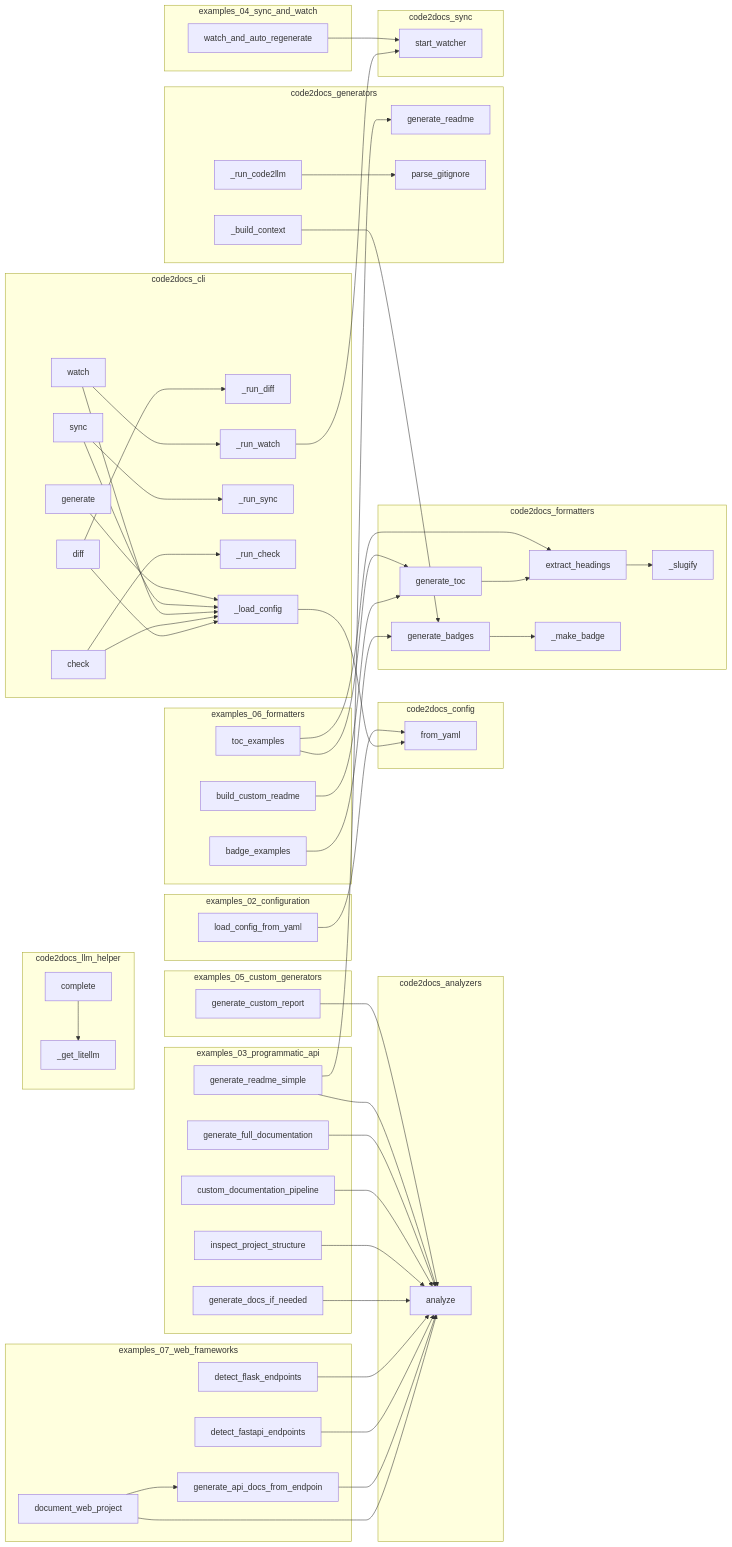
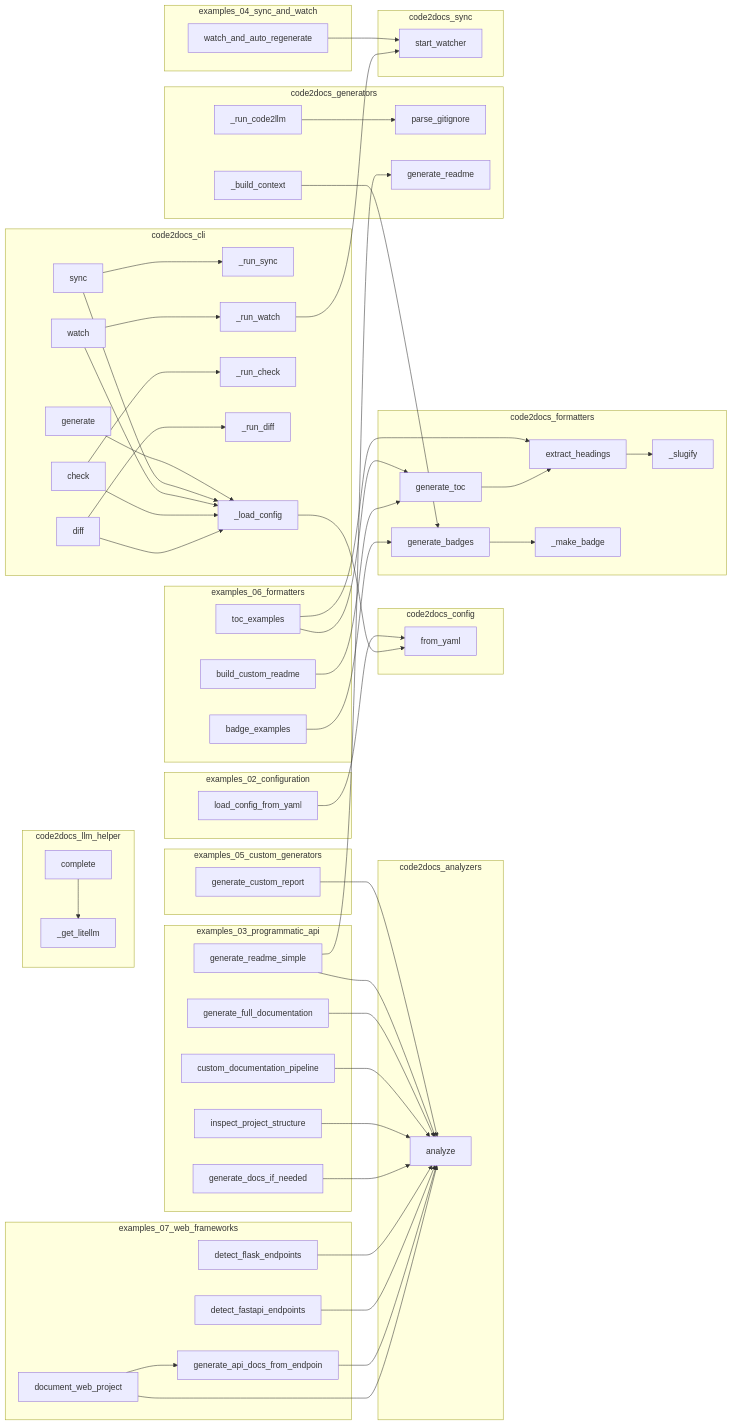
The diagram in project/calls.mmd (wronai/code2docs), drawn with Mermaid before and after one commit. The commit also changed other lines of this file and 25 other files, not shown here.

```diff
--- a/project/calls.mmd
+++ b/project/calls.mmd
@@ -1,101 +1,101 @@
 flowchart LR
     subgraph code2docs_analyzers
         code2docs__analyze["analyze"]
     end
     subgraph code2docs_cli
+        code2docs__cli___run_sync["_run_sync"]
         code2docs__cli__check["check"]
+        code2docs__cli___run_watch["_run_watch"]
+        code2docs__cli__diff["diff"]
+        code2docs__cli__sync["sync"]
+        code2docs__cli___run_check["_run_check"]
+        code2docs__cli__watch["watch"]
+        code2docs__cli__generate["generate"]
         code2docs__cli___run_diff["_run_diff"]
         code2docs__cli___load_config["_load_config"]
-        code2docs__cli__watch["watch"]
-        code2docs__cli__generate["generate"]
-        code2docs__cli__diff["diff"]
-        code2docs__cli___run_sync["_run_sync"]
-        code2docs__cli___run_check["_run_check"]
-        code2docs__cli___run_watch["_run_watch"]
-        code2docs__cli__sync["sync"]
     end
     subgraph code2docs_config
         code2docs__config__Code2DocsConfig__from_yaml["from_yaml"]
     end
     subgraph code2docs_formatters
-        code2docs__formatters__toc__generate_toc["generate_toc"]
+        code2docs__formatters__toc__extract_headings["extract_headings"]
         code2docs__formatters__toc___slugify["_slugify"]
-        code2docs__formatters__toc__extract_headings["extract_headings"]
         code2docs__formatters__badges__generate_badges["generate_badges"]
         code2docs__formatters__badges___make_badge["_make_badge"]
+        code2docs__formatters__toc__generate_toc["generate_toc"]
     end
     subgraph code2docs_generators
+        code2docs__parse_gitignore["parse_gitignore"]
+        code2docs___run_code2llm["_run_code2llm"]
         code2docs__generators__readme_gen__generate_readme["generate_readme"]
-        code2docs__parse_gitignore["parse_gitignore"]
         code2docs___build_context["_build_context"]
-        code2docs___run_code2llm["_run_code2llm"]
     end
     subgraph code2docs_llm_helper
+        code2docs__llm_helper__LLMHelper__complete["complete"]
         code2docs__llm_helper___get_litellm["_get_litellm"]
-        code2docs__llm_helper__LLMHelper__complete["complete"]
     end
     subgraph code2docs_sync
         code2docs__sync__watcher__start_watcher["start_watcher"]
     end
     subgraph examples_02_configuration
         examples__02_configuration__load_config_from_yaml["load_config_from_yaml"]
     end
     subgraph examples_03_programmatic_api
+        examples__inspect_project_structure["inspect_project_structure"]
         examples__generate_full_documentation["generate_full_documentation"]
         examples__custom_documentation_pipeline["custom_documentation_pipeline"]
+        examples__generate_readme_simple["generate_readme_simple"]
         examples__generate_docs_if_needed["generate_docs_if_needed"]
-        examples__inspect_project_structure["inspect_project_structure"]
-        examples__generate_readme_simple["generate_readme_simple"]
     end
     subgraph examples_04_sync_and_watch
         examples__watch_and_auto_regenerate["watch_and_auto_regenerate"]
     end
     subgraph examples_05_custom_generators
         examples__generate_custom_report["generate_custom_report"]
     end
     subgraph examples_06_formatters
         examples__06_formatters__toc_examples["toc_examples"]
         examples__06_formatters__badge_examples["badge_examples"]
         examples__06_formatters__build_custom_readme["build_custom_readme"]
     end
     subgraph examples_07_web_frameworks
+        examples__07_web_frameworks__document_web_project["document_web_project"]
         examples__generate_api_docs_from_endpoints["generate_api_docs_from_endpoin"]
-        examples__07_web_frameworks__document_web_project["document_web_project"]
+        examples__detect_flask_endpoints["detect_flask_endpoints"]
         examples__detect_fastapi_endpoints["detect_fastapi_endpoints"]
-        examples__detect_flask_endpoints["detect_flask_endpoints"]
     end
     code2docs__llm_helper__LLMHelper__complete --> code2docs__llm_helper___get_litellm
     examples__watch_and_auto_regenerate --> code2docs__sync__watcher__start_watcher
     examples__generate_custom_report --> code2docs__analyze
     examples__06_formatters__badge_examples --> code2docs__formatters__badges__generate_badges
     examples__06_formatters__toc_examples --> code2docs__formatters__toc__generate_toc
     examples__06_formatters__toc_examples --> code2docs__formatters__toc__extract_headings
     examples__06_formatters__build_custom_readme --> code2docs__formatters__toc__generate_toc
     examples__generate_readme_simple --> code2docs__analyze
     examples__generate_readme_simple --> code2docs__generators__readme_gen__generate_readme
     examples__generate_full_documentation --> code2docs__analyze
     examples__custom_documentation_pipeline --> code2docs__analyze
     examples__inspect_project_structure --> code2docs__analyze
     examples__generate_docs_if_needed --> code2docs__analyze
     examples__detect_flask_endpoints --> code2docs__analyze
     examples__detect_fastapi_endpoints --> code2docs__analyze
     examples__generate_api_docs_from_endpoints --> code2docs__analyze
     examples__07_web_frameworks__document_web_project --> code2docs__analyze
     examples__07_web_frameworks__document_web_project --> examples__generate_api_docs_from_endpoints
     examples__02_configuration__load_config_from_yaml --> code2docs__config__Code2DocsConfig__from_yaml
     code2docs__formatters__badges__generate_badges --> code2docs__formatters__badges___make_badge
     code2docs__formatters__toc__generate_toc --> code2docs__formatters__toc__extract_headings
     code2docs__formatters__toc__extract_headings --> code2docs__formatters__toc___slugify
     code2docs___run_code2llm --> code2docs__parse_gitignore
     code2docs___build_context --> code2docs__formatters__badges__generate_badges
     code2docs__cli__generate --> code2docs__cli___load_config
     code2docs__cli__sync --> code2docs__cli___load_config
     code2docs__cli__sync --> code2docs__cli___run_sync
     code2docs__cli__watch --> code2docs__cli___load_config
     code2docs__cli__watch --> code2docs__cli___run_watch
     code2docs__cli__check --> code2docs__cli___load_config
     code2docs__cli__check --> code2docs__cli___run_check
     code2docs__cli__diff --> code2docs__cli___load_config
     code2docs__cli__diff --> code2docs__cli___run_diff
     code2docs__cli___load_config --> code2docs__config__Code2DocsConfig__from_yaml
     code2docs__cli___run_watch --> code2docs__sync__watcher__start_watcher
```
